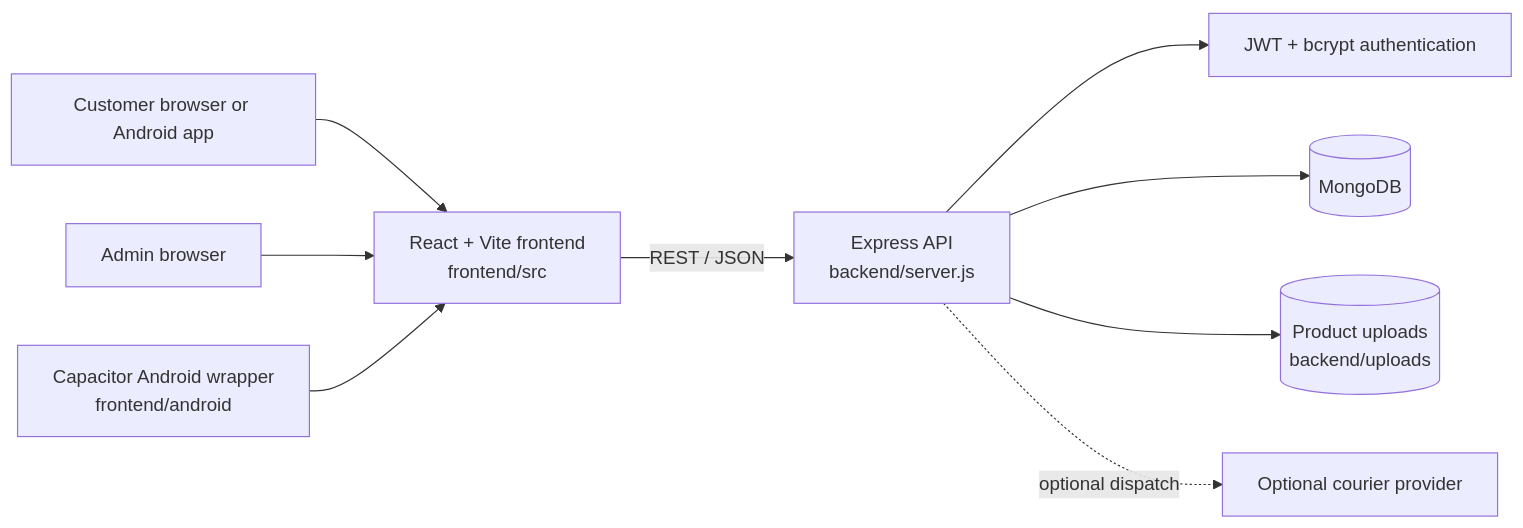
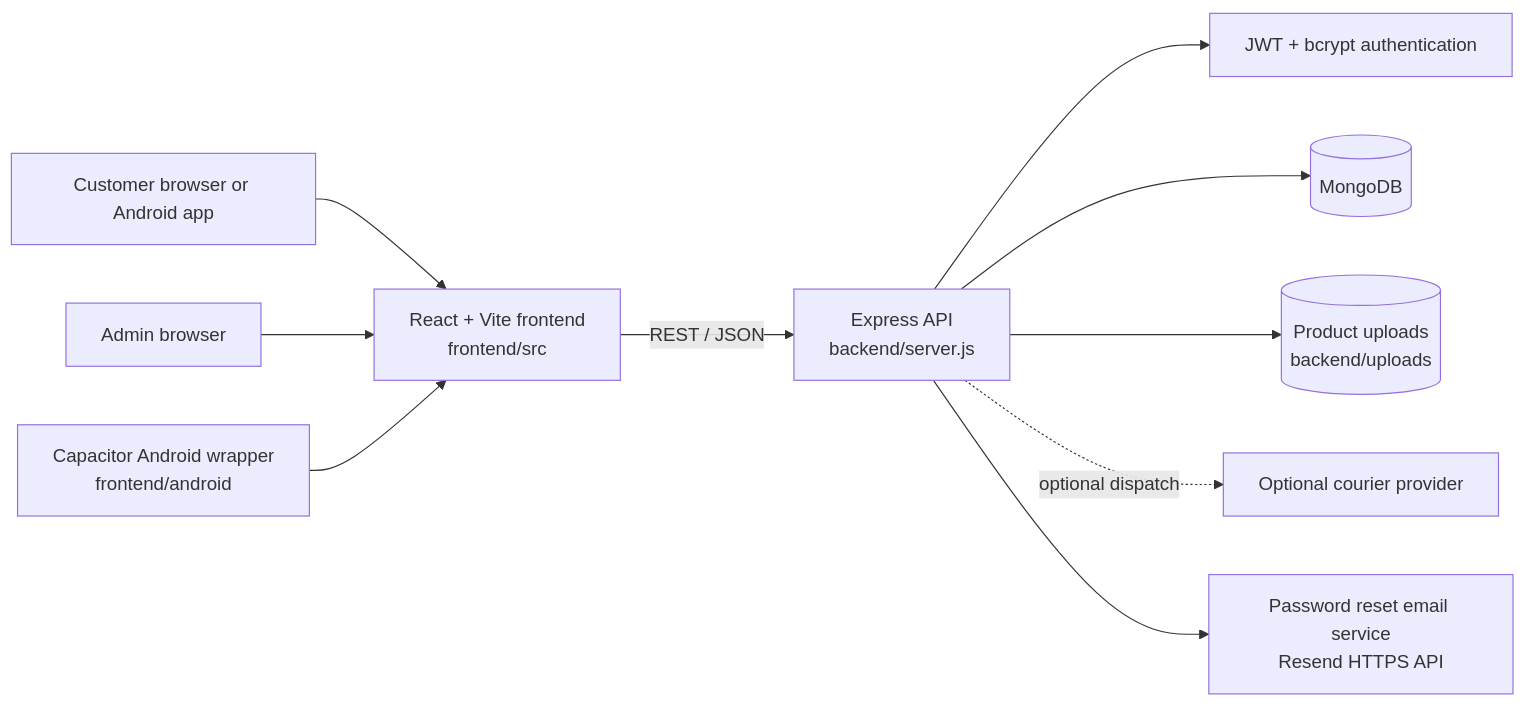
The first of 4 diagrams in docs/ARCHITECTURE.md (arbazfareed/e-commerce), drawn with Mermaid before and after one commit. The commit also changed other lines of this file and 28 other files, not shown here.

````diff
--- a/docs/ARCHITECTURE.md
+++ b/docs/ARCHITECTURE.md
@@ -7,21 +7,23 @@
 ```mermaid
 flowchart LR
     Customer[Customer browser or Android app]
     Admin[Admin browser]
     Frontend[React + Vite frontend\nfrontend/src]
     Capacitor[Capacitor Android wrapper\nfrontend/android]
     API[Express API\nbackend/server.js]
     Auth[JWT + bcrypt authentication]
+    Email[Password reset email service\nResend HTTPS API]
     Mongo[(MongoDB)]
     Uploads[(Product uploads\nbackend/uploads)]
     Courier[Optional courier provider]
 
     Customer --> Frontend
     Admin --> Frontend
     Capacitor --> Frontend
     Frontend -->|REST / JSON| API
     API --> Auth
     API --> Mongo
     API --> Uploads
     API -. optional dispatch .-> Courier
+    API --> Email
 ```
````
